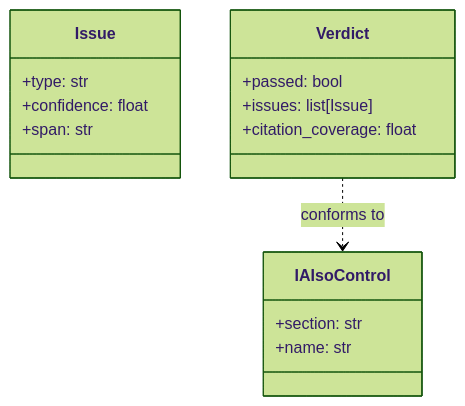
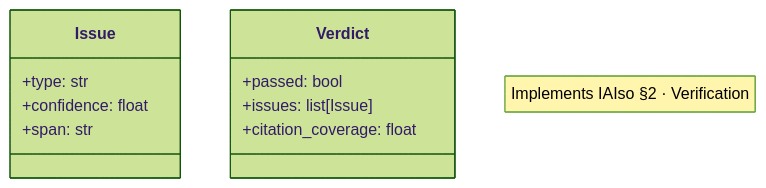
One commit to SmartTasksOrg/sf-smartcheck changed the first of 2 diagrams in README.md. Above: the diagram before and after it, drawn with Mermaid (forest theme). The commit also changed other lines of this file and 1 other file, not shown here.

First line of the commit message:
Family list and diagrams from family.json; UML matches the code

````diff
--- a/README.md
+++ b/README.md
@@ -84,18 +84,14 @@
 ```mermaid
 classDiagram
     class Issue {
       +type: str
       +confidence: float
       +span: str
     }
     class Verdict {
       +passed: bool
       +issues: list[Issue]
       +citation_coverage: float
     }
-    class IAIsoControl {
-      +section: str
-      +name: str
-    }
-    Verdict ..> IAIsoControl : conforms to
+    note "Implements IAIso §2 · Verification"
 ```
````
